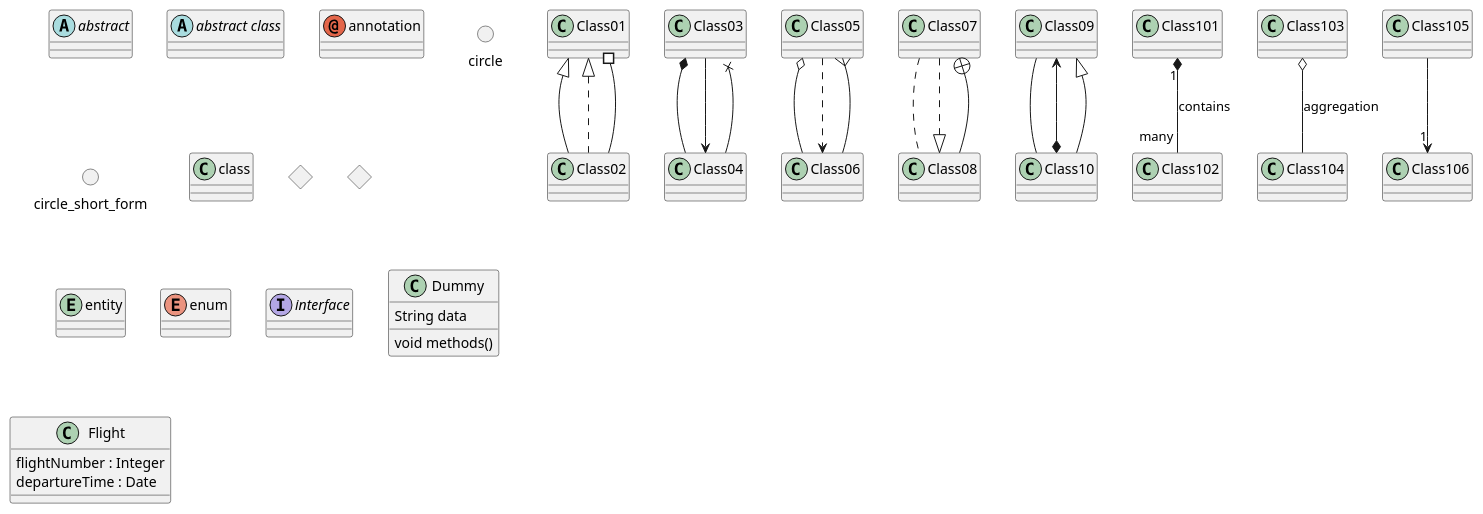
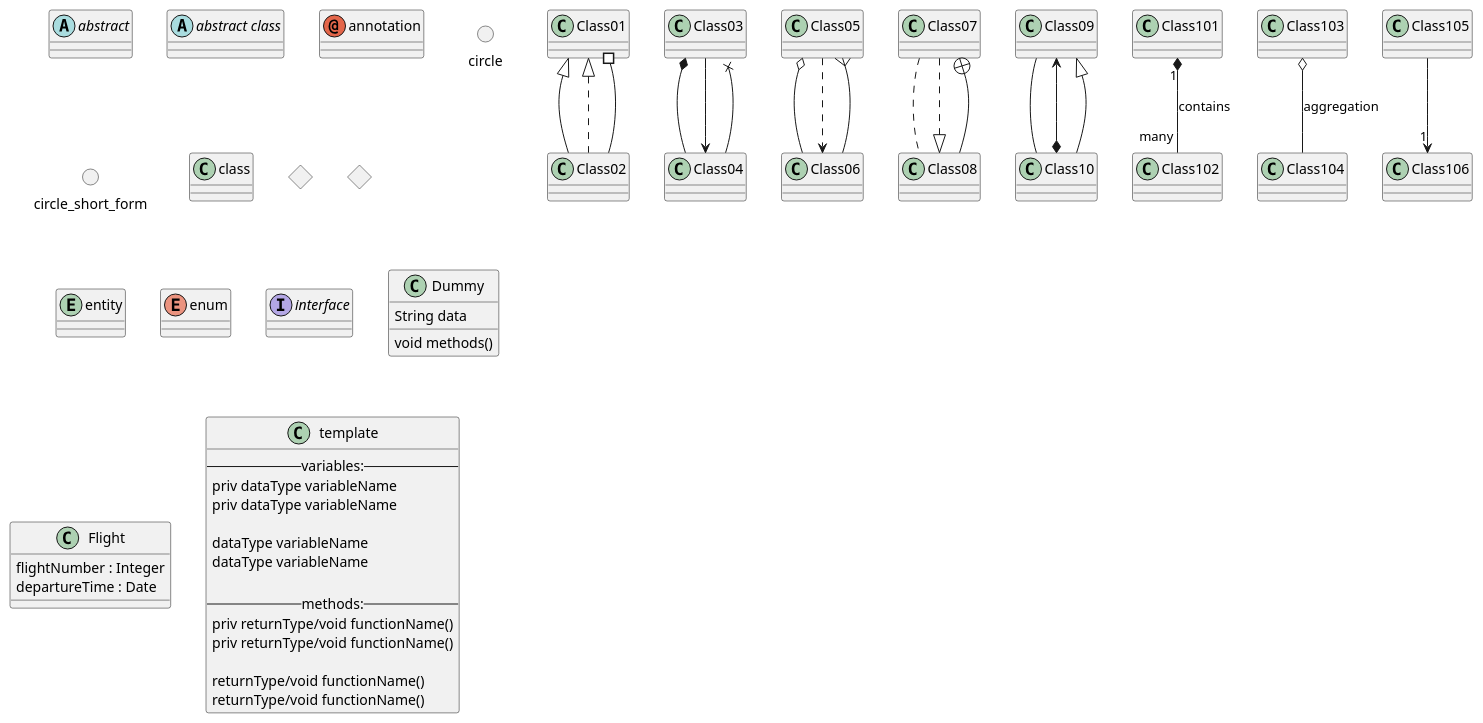
The diagram in Meilensteine/Meilenstein_03/.templates/{modul}_uml.puml (schmidti2002/Softwarepraktikum), drawn with PlantUML before and after one commit. The commit also changed 1 other file, not shown here.

Commit message:
Klassendiagramm - edit add static

```diff
--- a/Meilensteine/Meilenstein_03/.templates/{modul}_uml.puml
+++ b/Meilensteine/Meilenstein_03/.templates/{modul}_uml.puml
@@ -1,45 +1,63 @@
 @startuml {modul}
 abstract        abstract
 abstract class  "abstract class"
 annotation      annotation
 circle          circle
 ()              circle_short_form
 class           class
 diamond         diamond
 <>              diamond_short_form
 entity          entity
 enum            enum
 interface       interface
 
 Class01 <|-- Class02
 Class03 *-- Class04
 Class05 o-- Class06
 Class07 .. Class08
 Class09 -- Class10
 
 Class01 <|.. Class02
 Class03 --> Class04
 Class05 ..> Class06
 Class07 ..|> Class08
 Class09 <--* Class10
 
 Class01 #-- Class02
 Class03 x-- Class04
 Class05 }-- Class06
 Class07 +-- Class08
 Class09 ^-- Class10
 
 Class101 "1" *-- "many" Class102 : contains
 Class103 o-- Class104 : aggregation
 Class105 --> "1" Class106
 
 class Dummy {
   String data
   void methods()
 }
 
 class Flight {
    flightNumber : Integer
    departureTime : Date
+
 }
+
+class template {
+  --variables:--
+  priv dataType variableName
+  priv dataType variableName
+
+  dataType variableName
+  dataType variableName
+
+  --methods:--
+  priv returnType/void functionName()
+  priv returnType/void functionName()
+
+  returnType/void functionName()
+  returnType/void functionName()
+}
+
 @enduml
```
